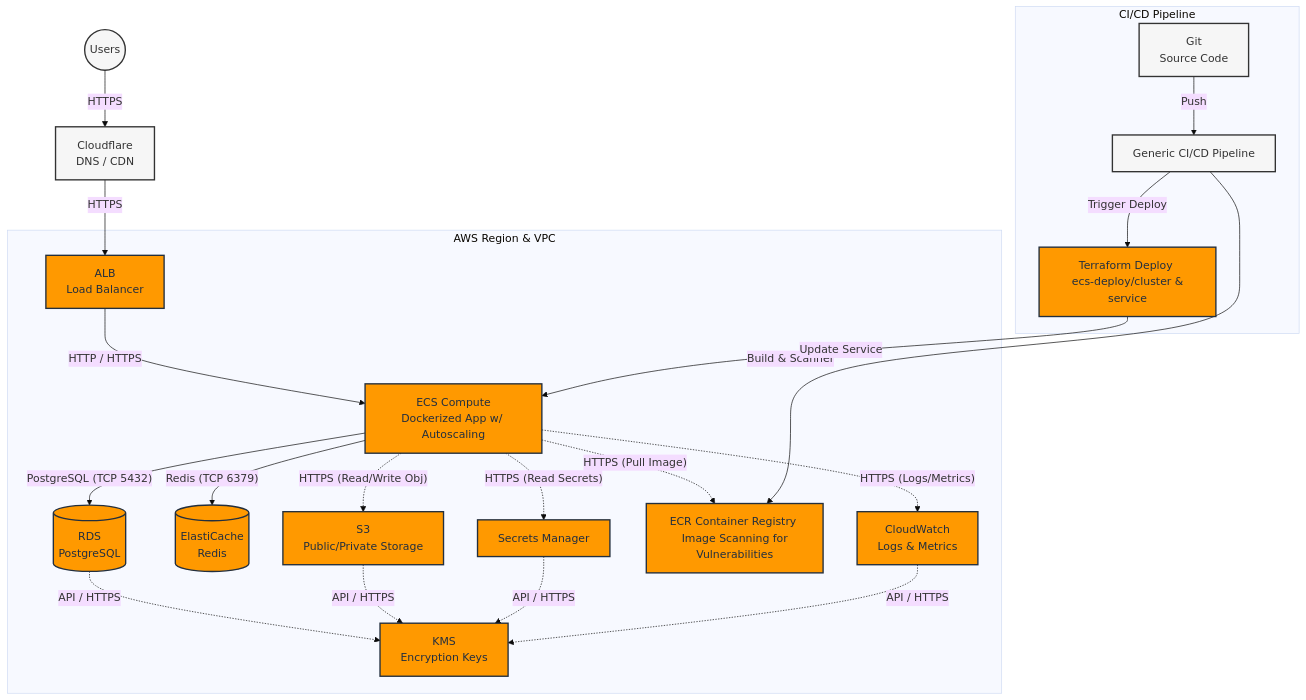
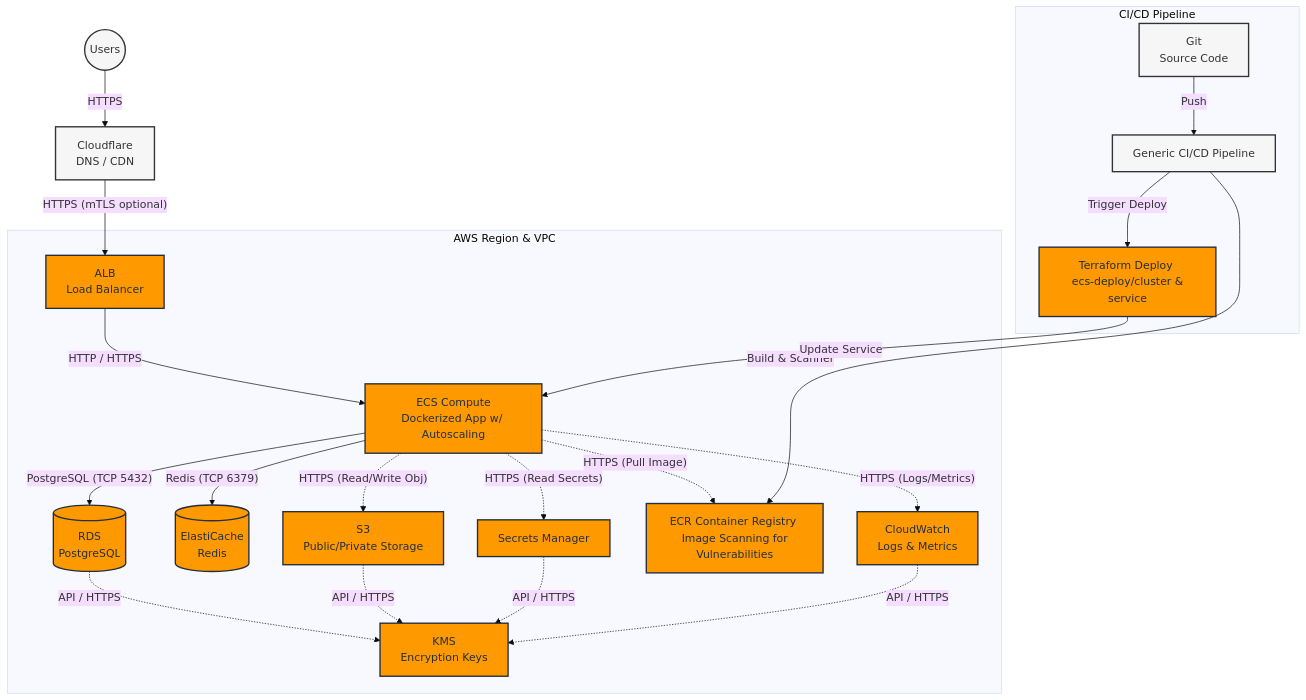
Before and after one commit to dbl-works/terraform: the first of 8 diagrams in aws/architecture.md, drawn with Mermaid (base theme). The commit also changed other lines of this file and 37 other files, not shown here.

````diff
--- a/aws/architecture.md
+++ b/aws/architecture.md
@@ -5,53 +5,53 @@
 ```mermaid
 graph TD
     classDef aws fill:#FF9900,stroke:#232F3E,stroke-width:2px,color:#232F3E;
     classDef external fill:#f6f6f6,stroke:#333,stroke-width:2px;
 
     %% External entities
     Users((Users)):::external
     CF[Cloudflare <br/> DNS / CDN]:::external
     
     subgraph AWS_VPC [AWS Region & VPC]
         ALB[ALB <br/> Load Balancer]:::aws
         ECS[ECS Compute<br/>Dockerized App w/ Autoscaling]:::aws
         RDS[(RDS<br/>PostgreSQL)]:::aws
         ElastiCache[(ElastiCache<br/>Redis)]:::aws
         
         SM[Secrets Manager]:::aws
         S3[S3 <br/> Public/Private Storage]:::aws
         KMS[KMS <br/> Encryption Keys]:::aws
         ECR[ECR Container Registry <br/> Image Scanning for Vulnerabilities]:::aws
         CW[CloudWatch <br/> Logs & Metrics]:::aws
     end
 
     %% Connections
     Users -- "HTTPS" --> CF
-    CF -- "HTTPS" --> ALB
+    CF -- "HTTPS (mTLS optional)" --> ALB
     ALB -- "HTTP / HTTPS" --> ECS
     
     ECS -- "PostgreSQL (TCP 5432)" --> RDS
     ECS -- "Redis (TCP 6379)" --> ElastiCache
     
     ECS -. "HTTPS (Pull Image)" .-> ECR
     ECS -. "HTTPS (Read Secrets)" .-> SM
     ECS -. "HTTPS (Read/Write Obj)" .-> S3
     ECS -. "HTTPS (Logs/Metrics)" .-> CW
     
     %% KMS Dependencies
     RDS -. "API / HTTPS" .-> KMS
     S3 -. "API / HTTPS" .-> KMS
     SM -. "API / HTTPS" .-> KMS
     CW -. "API / HTTPS" .-> KMS
 
     subgraph CICD_Pipeline [CI/CD Pipeline]
         Git[Git <br/> Source Code]:::external
         Pipeline[Generic CI/CD Pipeline]:::external
         Deploy[Terraform Deploy <br/> ecs-deploy/cluster & service]:::aws
     end
 
     %% Deployment flow
     Git -- "Push" --> Pipeline
     Pipeline -- "Build & Scanner" --> ECR
     Pipeline -- "Trigger Deploy" --> Deploy
     Deploy -- "Update Service" --> ECS
 ```
````
